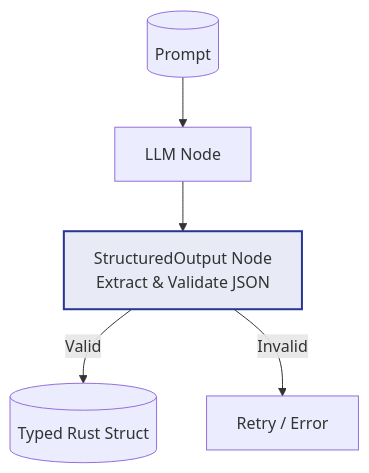
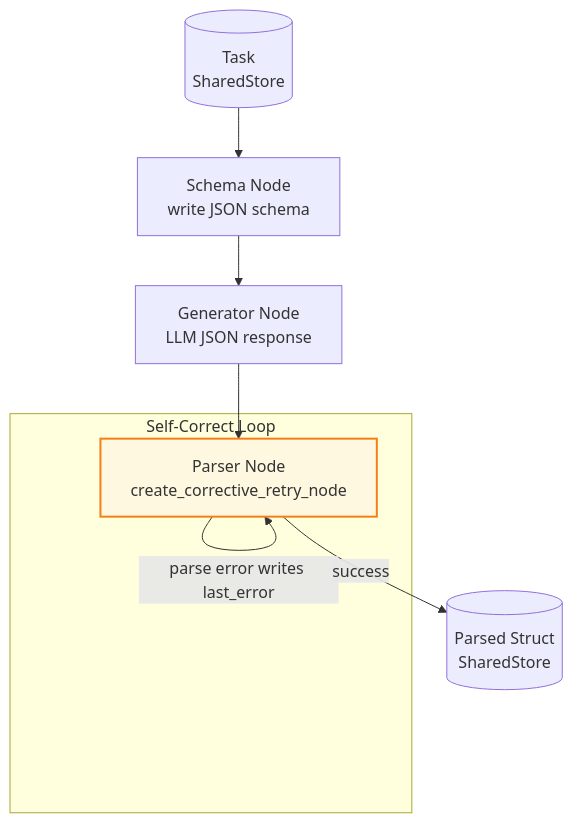
One commit to EzekTec-Inc/AgentFlow changed the diagram in examples/STRUCTURED_OUTPUT.md. Above: the diagram before and after it, drawn with Mermaid. The commit also changed other lines of this file and 23 other files, not shown here.

````diff
--- a/examples/STRUCTURED_OUTPUT.md
+++ b/examples/STRUCTURED_OUTPUT.md
@@ -13,10 +28,13 @@
 ```mermaid
 graph TD
-    Input[(Prompt)] --> LLM[LLM Node]
-    LLM --> JSON[StructuredOutput Node<br>Extract & Validate JSON]
-    JSON -->|Valid| Output[(Typed Rust Struct)]
-    JSON -->|Invalid| Retry[Retry / Error]
-    
-    classDef struct fill:#e8eaf6,stroke:#283593,stroke-width:2px;
-    class JSON struct;
+    Input[(Task<br>SharedStore)] --> Schema[Schema Node<br>write JSON schema]
+    Schema --> Generator[Generator Node<br>LLM JSON response]
+    Generator --> Parser
+    subgraph SelfCorrect[Self-Correct Loop]
+        Parser[Parser Node<br>create_corrective_retry_node] -->|parse error writes last_error| Parser
+    end
+    Parser -->|success| Output[(Parsed Struct<br>SharedStore)]
+
+    classDef corrective fill:#fff8e1,stroke:#f57f17,stroke-width:2px;
+    class Parser corrective;
 ```
````
